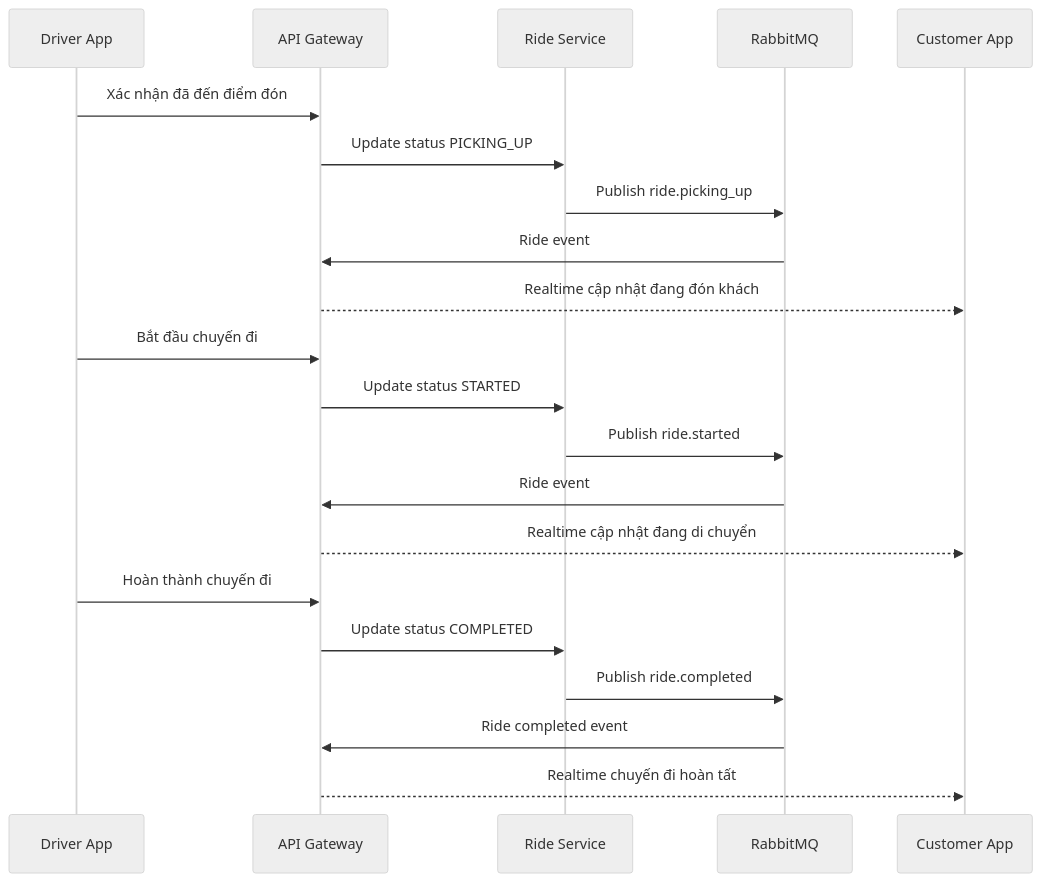
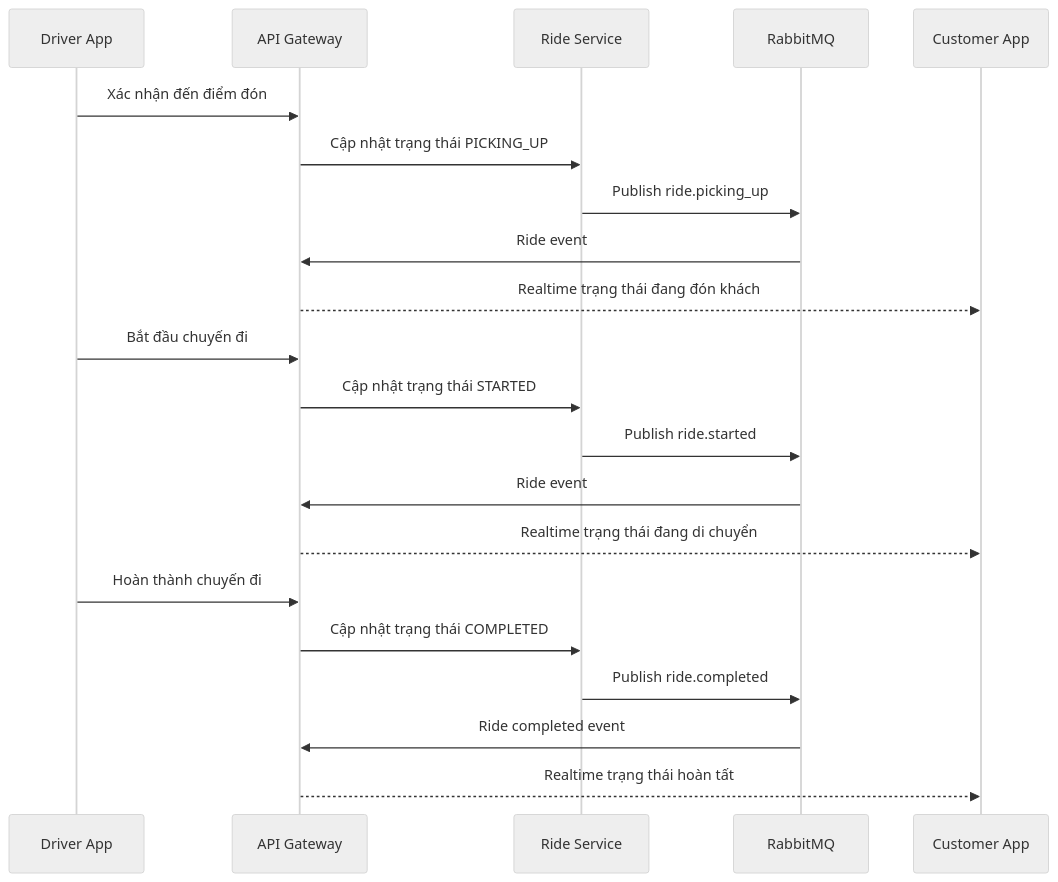
Diagram 17 of 20 in .doc/phantichthietkehethong.md (foxxiee04/Cab-Booking-System-Project), drawn with Mermaid (neutral theme) before and after one commit. The commit also changed other lines of this file, not shown here.

````diff
--- a/.doc/phantichthietkehethong.md
+++ b/.doc/phantichthietkehethong.md
@@ -816,26 +1317,26 @@
 ```mermaid
 sequenceDiagram
     participant D as Driver App
     participant G as API Gateway
     participant R as Ride Service
     participant MQ as RabbitMQ
     participant C as Customer App
 
-    D->>G: Xác nhận đã đến điểm đón
-    G->>R: Update status PICKING_UP
+    D->>G: Xác nhận đến điểm đón
+    G->>R: Cập nhật trạng thái PICKING_UP
     R->>MQ: Publish ride.picking_up
     MQ->>G: Ride event
-    G-->>C: Realtime cập nhật đang đón khách
+    G-->>C: Realtime trạng thái đang đón khách
 
     D->>G: Bắt đầu chuyến đi
-    G->>R: Update status STARTED
+    G->>R: Cập nhật trạng thái STARTED
     R->>MQ: Publish ride.started
     MQ->>G: Ride event
-    G-->>C: Realtime cập nhật đang di chuyển
+    G-->>C: Realtime trạng thái đang di chuyển
 
     D->>G: Hoàn thành chuyến đi
-    G->>R: Update status COMPLETED
+    G->>R: Cập nhật trạng thái COMPLETED
     R->>MQ: Publish ride.completed
     MQ->>G: Ride completed event
-    G-->>C: Realtime chuyến đi hoàn tất
+    G-->>C: Realtime trạng thái hoàn tất
 ```
````
